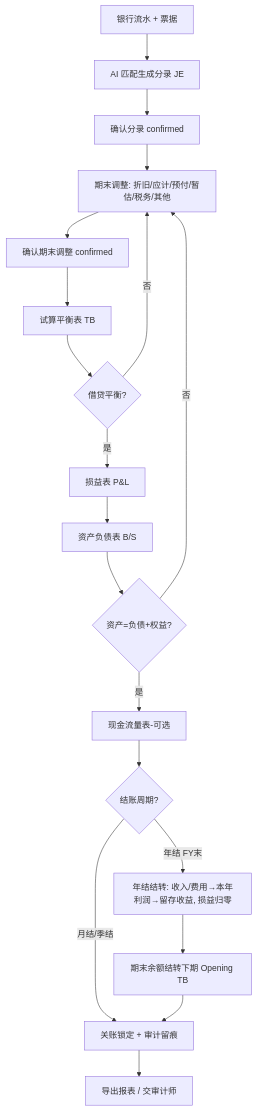
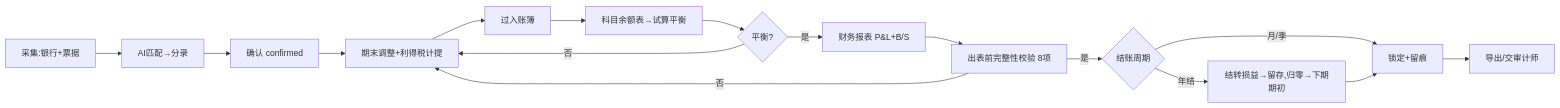
One commit to xiahan3/leapex changed the third of 3 diagrams in docs/财务报告生成规则与说明.md. Above: the diagram before and after it, drawn with Mermaid. The commit also changed other lines of this file, not shown here.

````diff
--- a/docs/财务报告生成规则与说明.md
+++ b/docs/财务报告生成规则与说明.md
@@ -206,21 +415,17 @@
 ```mermaid
-flowchart TD
-  A[银行流水 + 票据] --> B[AI 匹配生成分录 JE]
-  B --> C[确认分录 confirmed]
-  C --> D[期末调整: 折旧/应计/预付/暂估/税务/其他]
-  D --> E[确认期末调整 confirmed]
-  E --> F[试算平衡表 TB]
-  F --> G{借贷平衡?}
+flowchart LR
+  A[采集:银行+票据] --> B[AI匹配→分录]
+  B --> C[确认 confirmed]
+  C --> D[期末调整+利得税计提]
+  D --> E[过入账簿]
+  E --> F[科目余额表→试算平衡]
+  F --> G{平衡?}
   G -- 否 --> D
-  G -- 是 --> H[损益表 P&L]
-  H --> I[资产负债表 B/S]
-  I --> J{资产=负债+权益?}
-  J -- 否 --> D
-  J -- 是 --> K[现金流量表-可选]
-  K --> CL{结账周期?}
-  CL -- 月结/季结 --> L[关账锁定 + 审计留痕]
-  CL -- 年结 FY末 --> YC[年结结转: 收入/费用→本年利润→留存收益, 损益归零]
-  YC --> CF[期末余额结转下期 Opening TB]
-  CF --> L
-  L --> M[导出报表 / 交审计师]
+  G -- 是 --> H[财务报表 P&L+B/S]
+  H --> I[出表前完整性校验 8项]
+  I -- 否 --> D
+  I -- 是 --> J{结账周期}
+  J -- 月/季 --> K[锁定+留痕]
+  J -- 年结 --> L[结转损益→留存,归零→下期期初] --> K
+  K --> M[导出/交审计师]
 ```
````
